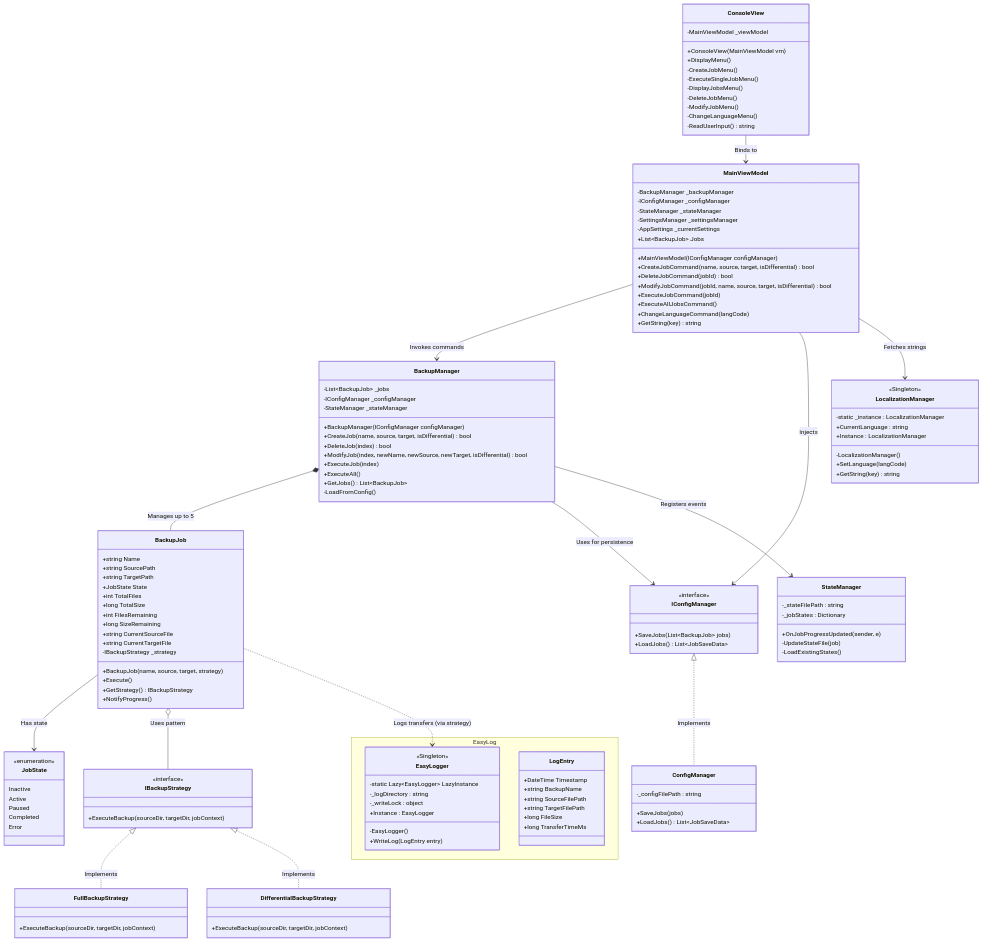
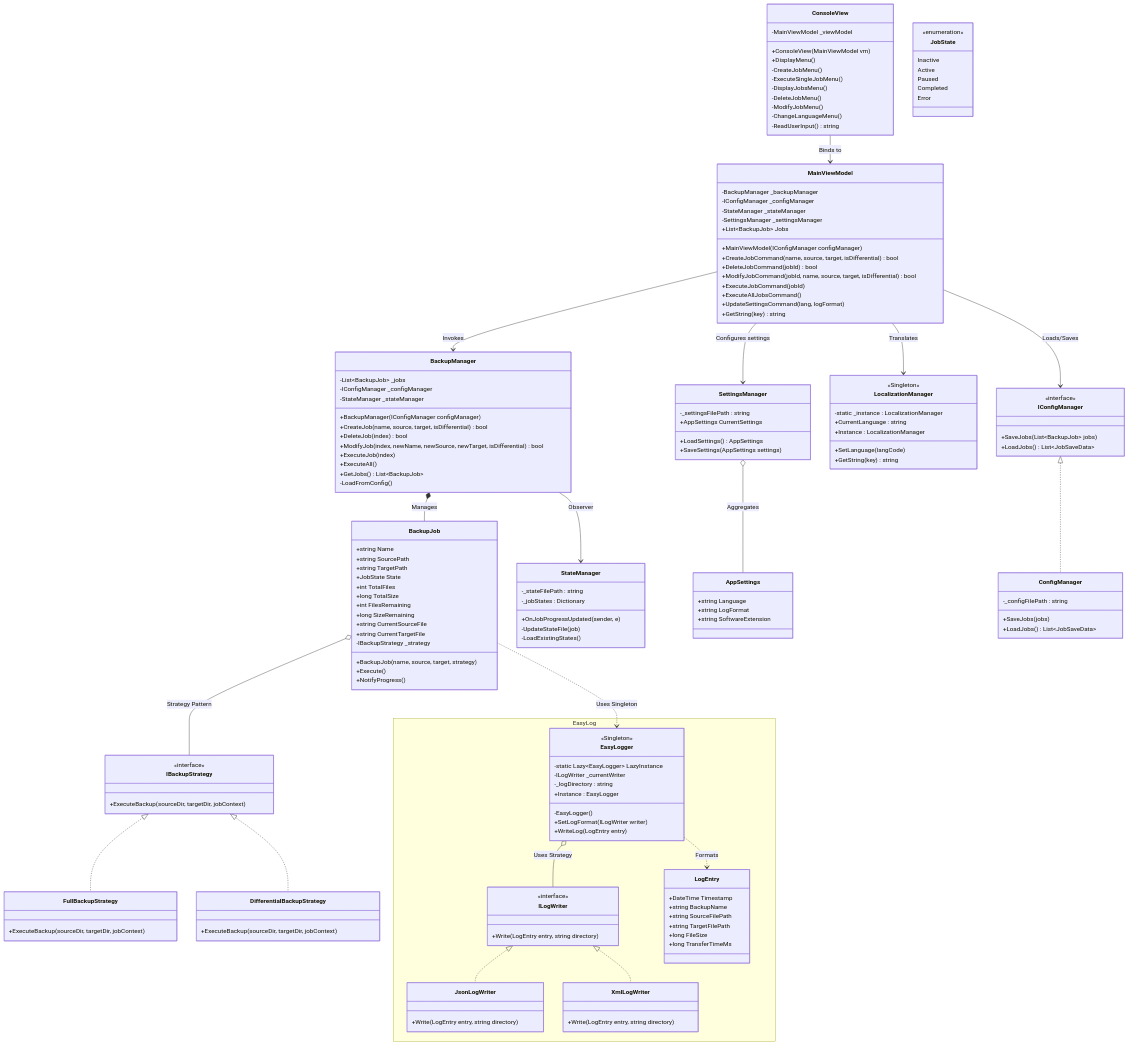
The diagram in EasySave/UMLDiagrams/ClassDiagram.md (Amelie-gcode/EasySaveProject), drawn with Mermaid before and after one commit.

Commit message:
Update ClassDiagram with new settings and relationships v1.1

````diff
--- a/EasySave/UMLDiagrams/ClassDiagram.md
+++ b/EasySave/UMLDiagrams/ClassDiagram.md
@@ -1,5 +1,5 @@
 ```mermaid
-classDiagram
+    classDiagram
     %% ==============================
     %% VIEW LAYER
     %% ==============================
@@ -24,7 +24,6 @@
         -IConfigManager _configManager
         -StateManager _stateManager
         -SettingsManager _settingsManager
-        -AppSettings _currentSettings
         +List~BackupJob~ Jobs
         +MainViewModel(IConfigManager configManager)
         +CreateJobCommand(name, source, target, isDifferential) bool
@@ -32,13 +31,26 @@
         +ModifyJobCommand(jobId, name, source, target, isDifferential) bool
         +ExecuteJobCommand(jobId)
         +ExecuteAllJobsCommand()
-        +ChangeLanguageCommand(langCode)
+        +UpdateSettingsCommand(lang, logFormat)
         +GetString(key) string
     }
 
     %% ==============================
-    %% MODEL LAYER - CORE
+    %% MODEL LAYER - CORE & SETTINGS
     %% ==============================
+    class SettingsManager {
+        -_settingsFilePath : string
+        +AppSettings CurrentSettings
+        +LoadSettings() AppSettings
+        +SaveSettings(AppSettings settings)
+    }
+
+    class AppSettings {
+        +string Language
+        +string LogFormat
+        +string SoftwareExtension
+    }
+
     class BackupManager {
         -List~BackupJob~ _jobs
         -IConfigManager _configManager
@@ -67,7 +79,6 @@
         -IBackupStrategy _strategy
         +BackupJob(name, source, target, strategy)
         +Execute()
-        +GetStrategy() IBackupStrategy
         +NotifyProgress()
     }
 
@@ -95,7 +106,7 @@
     }
 
     %% ==============================
-    %% MODEL LAYER - MANAGERS & DTOs
+    %% MODEL LAYER - MANAGERS
     %% ==============================
     class IConfigManager {
         <<interface>>
@@ -118,25 +129,39 @@
         <<Singleton>>
         -static _instance : LocalizationManager
         +CurrentLanguage : string
-        -LocalizationManager()
         +Instance : LocalizationManager
         +SetLanguage(langCode)
         +GetString(key) string
     }
 
     %% ==============================
-    %% EXTERNAL LIBRARY (DLL)
+    %% EXTERNAL LIBRARY (DLL) - STRATEGY LOGGING
     %% ==============================
     namespace EasyLog {
         class EasyLogger {
             <<Singleton>>
             -static Lazy~EasyLogger~ LazyInstance
+            -ILogWriter _currentWriter
             -_logDirectory : string
-            -_writeLock : object
             -EasyLogger()
             +Instance : EasyLogger
+            +SetLogFormat(ILogWriter writer)
             +WriteLog(LogEntry entry)
         }
+
+        class ILogWriter {
+            <<interface>>
+            +Write(LogEntry entry, string directory)
+        }
+
+        class JsonLogWriter {
+            +Write(LogEntry entry, string directory)
+        }
+
+        class XmlLogWriter {
+            +Write(LogEntry entry, string directory)
+        }
+
         class LogEntry {
             +DateTime Timestamp
             +string BackupName
@@ -151,20 +176,25 @@
     %% RELATIONSHIPS
     %% ==============================
     ConsoleView --> MainViewModel : Binds to
-    MainViewModel --> BackupManager : Invokes commands
-    MainViewModel --> IConfigManager : Injects
-    MainViewModel --> LocalizationManager : Fetches strings
+    MainViewModel --> BackupManager : Invokes
+    MainViewModel --> SettingsManager : Configures settings
+    MainViewModel --> LocalizationManager : Translates
     
-    BackupManager *-- BackupJob : Manages up to 5
-    BackupManager --> IConfigManager : Uses for persistence
-    BackupManager --> StateManager : Registers events
+    SettingsManager o-- AppSettings : Aggregates
+    BackupManager *-- BackupJob : Manages
+    BackupManager --> StateManager : Observer
     
-    BackupJob --> JobState : Has state
-    BackupJob o-- IBackupStrategy : Uses pattern
-    BackupJob ..> EasyLogger : Logs transfers (via strategy)
+    BackupJob o-- IBackupStrategy : Strategy Pattern
+    BackupJob ..> EasyLogger : Uses Singleton
     
-    IBackupStrategy <|.. FullBackupStrategy : Implements
-    IBackupStrategy <|.. DifferentialBackupStrategy : Implements
+    IBackupStrategy <|.. FullBackupStrategy
+    IBackupStrategy <|.. DifferentialBackupStrategy
+    MainViewModel --> IConfigManager : Loads/Saves
+    IConfigManager <|.. ConfigManager
     
-    IConfigManager <|.. ConfigManager : Implements
+    %% Logger Strategy Relationships
+    EasyLogger o-- ILogWriter : Uses Strategy
+    ILogWriter <|.. JsonLogWriter
+    ILogWriter <|.. XmlLogWriter
+    EasyLogger ..> LogEntry : Formats
 ```
````
